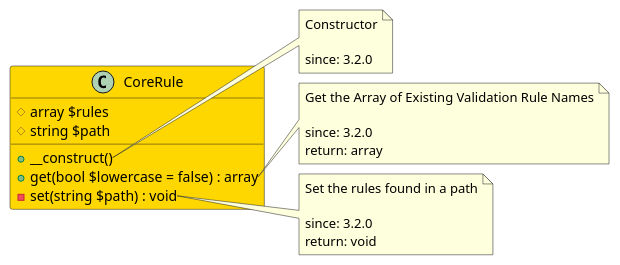
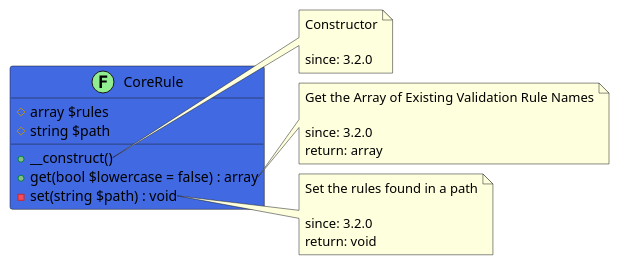
Before and after one commit to joomengine/jcb-compiler: the diagram in src/24da9672-e47f-4bb1-b6c0-0ebfc17f0957/README.md, drawn with PlantUML. The commit also changed other lines of this file and 232 other files, not shown here.

````diff
--- a/src/24da9672-e47f-4bb1-b6c0-0ebfc17f0957/README.md
+++ b/src/24da9672-e47f-4bb1-b6c0-0ebfc17f0957/README.md
@@ -11,32 +11,32 @@
 ```uml
 @startuml
-class CoreRule  #Gold {
+class CoreRule << (F,LightGreen) >> #RoyalBlue {
   # array $rules
   # string $path
   + __construct()
   + get(bool $lowercase = false) : array
   - set(string $path) : void
 }
 
 note right of CoreRule::__construct
   Constructor
 
   since: 3.2.0
 end note
 
 note right of CoreRule::get
   Get the Array of Existing Validation Rule Names
 
   since: 3.2.0
   return: array
 end note
 
 note right of CoreRule::set
   Set the rules found in a path
 
   since: 3.2.0
   return: void
 end note
  
 @enduml
 ```
````
